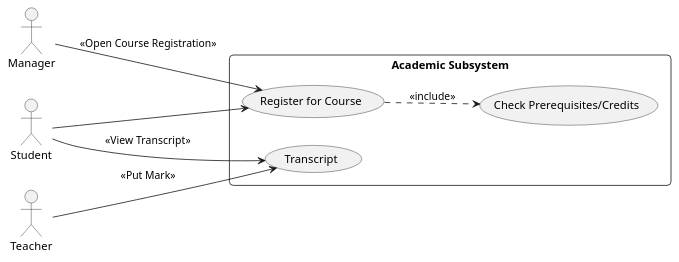
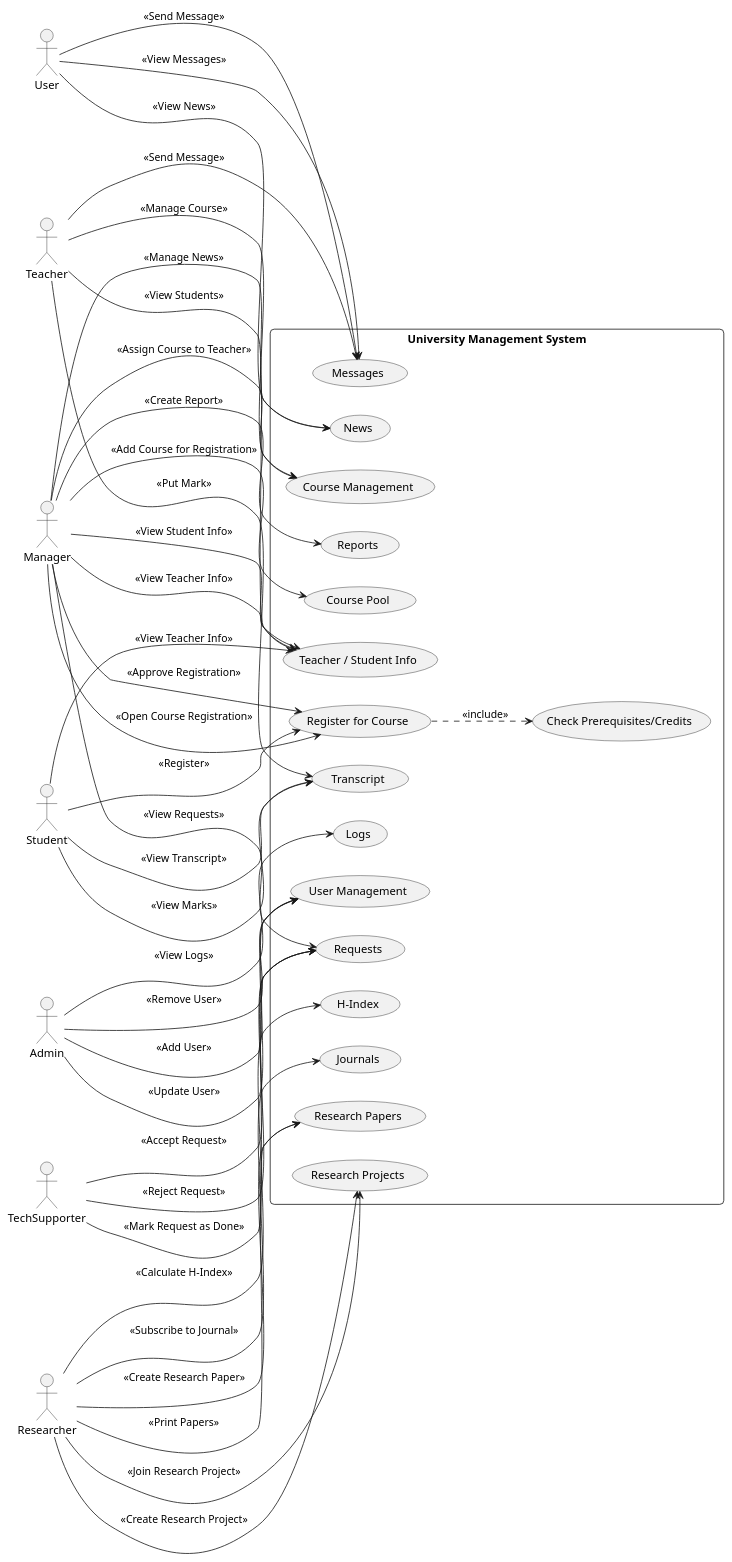
Before and after one commit to ofeerist/uni-crm-oop: the diagram in PartA/useCaseDiagrams/courseRegistration.puml, drawn with PlantUML.

Commit message:
update courseReg

```diff
--- a/PartA/useCaseDiagrams/courseRegistration.puml
+++ b/PartA/useCaseDiagrams/courseRegistration.puml
@@ -1,28 +1,76 @@
 @startuml
 skinparam packageStyle rectangle
 skinparam roundcorner 10
 skinparam monochrome false
 
 left to right direction
 
+actor "User" as U
 actor "Manager" as M
 actor "Student" as S
 actor "Teacher" as T
+actor "Admin" as A
+actor "TechSupporter" as TS
+actor "Researcher" as R
 
-rectangle "Academic Subsystem" {
-    
+rectangle "University Management System" {
+
     usecase "Register for Course" as Register
     usecase "Check Prerequisites/Credits" as CheckCredits
-    
     usecase "Transcript" as Transcript
+    usecase "Course Management" as CourseMgmt
+    usecase "Course Pool" as CoursePool
+    usecase "Teacher / Student Info" as Info
+    usecase "Messages" as Messages
+    usecase "News" as News
+    usecase "Research Projects" as ResearchProjects
+    usecase "Research Papers" as ResearchPapers
+    usecase "H-Index" as HIndex
+    usecase "Journals" as Journals
+    usecase "User Management" as UserMgmt
+    usecase "Logs" as Logs
+    usecase "Requests" as Requests
+    usecase "Reports" as Reports
+
+    U --> News : <<View News>>
+    U --> Messages : <<Send Message>>
+    U --> Messages : <<View Messages>>
 
     M --> Register : <<Open Course Registration>>
+    M --> Register : <<Approve Registration>>
+    M --> CoursePool : <<Add Course for Registration>>
+    M --> CourseMgmt : <<Assign Course to Teacher>>
+    M --> Reports : <<Create Report>>
+    M --> Info : <<View Student Info>>
+    M --> Info : <<View Teacher Info>>
+    M --> News : <<Manage News>>
+    M --> Requests : <<View Requests>>
 
-    S --> Register
+    S --> Register : <<Register>>
     Register ..> CheckCredits : <<include>>
-    
-    
+    S --> Transcript : <<View Transcript>>
+    S --> Transcript : <<View Marks>>
+    S --> Info : <<View Teacher Info>>
+
     T --> Transcript : <<Put Mark>>
-    S --> Transcript : <<View Transcript>>
+    T --> CourseMgmt : <<Manage Course>>
+    T --> Info : <<View Students>>
+    T --> Messages : <<Send Message>>
+
+    A --> UserMgmt : <<Add User>>
+    A --> UserMgmt : <<Update User>>
+    A --> UserMgmt : <<Remove User>>
+    A --> Logs : <<View Logs>>
+
+    TS --> Requests : <<Accept Request>>
+    TS --> Requests : <<Reject Request>>
+    TS --> Requests : <<Mark Request as Done>>
+
+    R --> ResearchProjects : <<Create Research Project>>
+    R --> ResearchProjects : <<Join Research Project>>
+    R --> ResearchPapers : <<Create Research Paper>>
+    R --> ResearchPapers : <<Print Papers>>
+    R --> HIndex : <<Calculate H-Index>>
+    R --> Journals : <<Subscribe to Journal>>
 }
 @enduml
```
